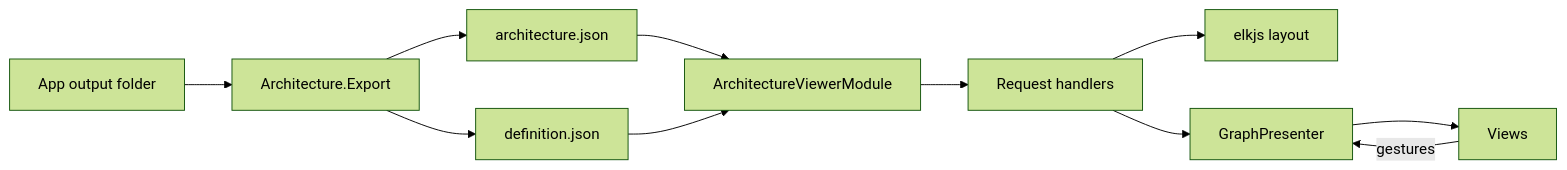
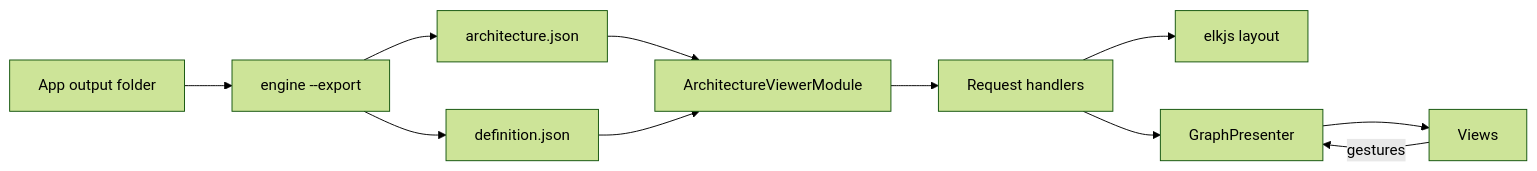
The diagram in docs/viewer.md (MgCohen/vsa-template), drawn with Mermaid (forest theme) before and after one commit. The commit also changed other lines of this file and 3 other files, not shown here.

````diff
--- a/docs/viewer.md
+++ b/docs/viewer.md
@@ -30,13 +30,13 @@
 ```mermaid
 flowchart LR
-    A[App output folder] --> X[Architecture.Export]
+    A[App output folder] --> X[engine --export]
     X --> D[architecture.json]
     X --> F[definition.json]
     D --> M[ArchitectureViewerModule]
     F --> M
     M --> H[Request handlers]
     H --> E[elkjs layout]
     H --> P[GraphPresenter]
     P --> V[Views]
     V -->|gestures| P
 ```
````
